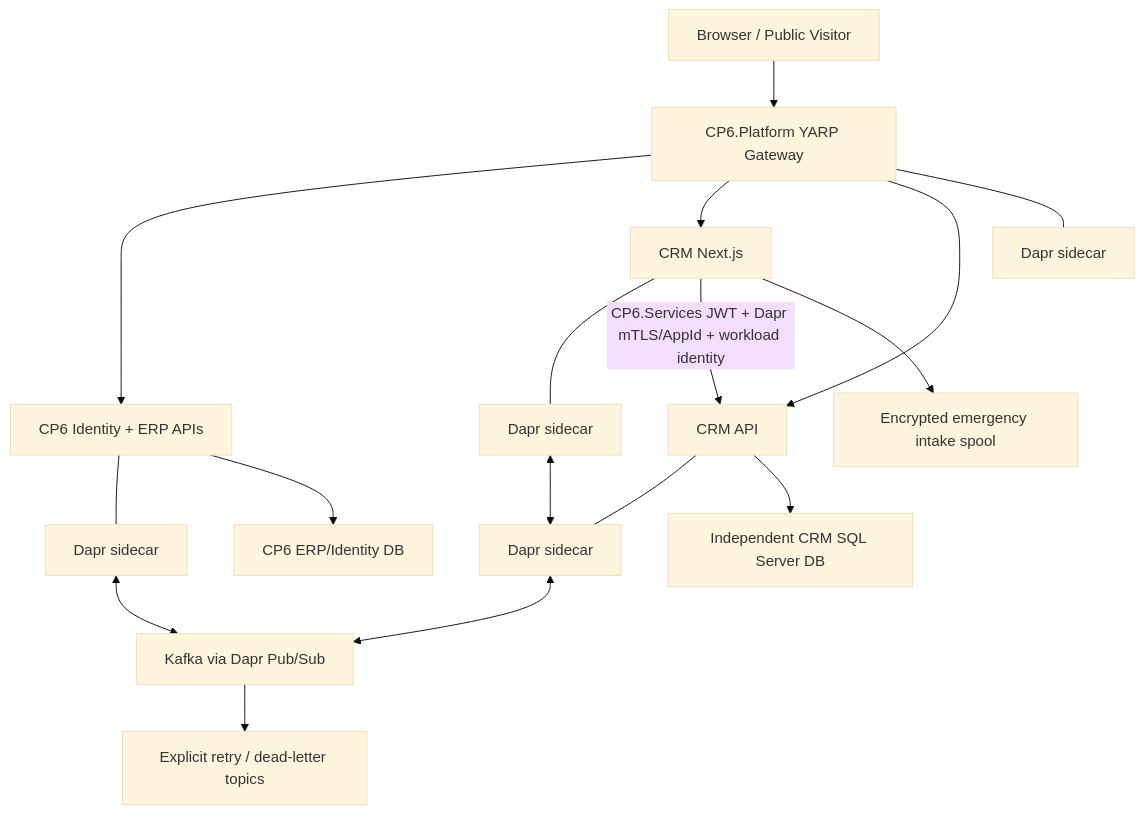
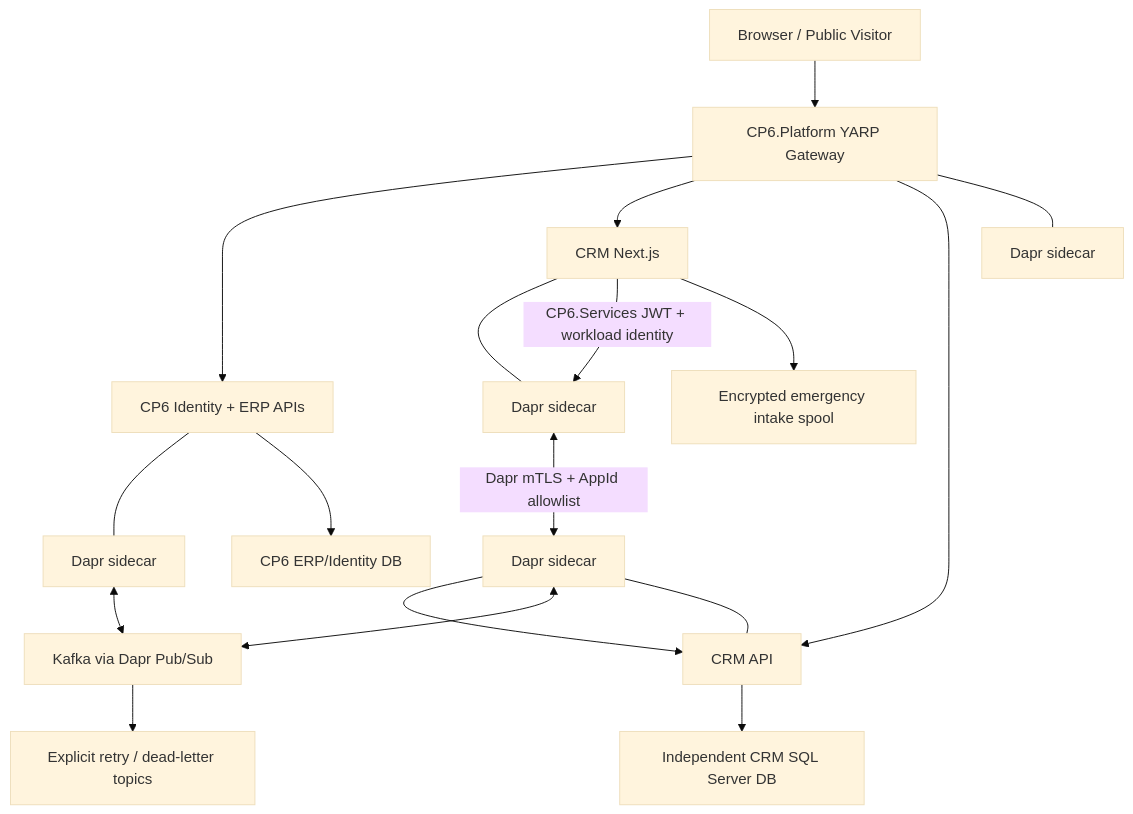
One commit to GTX537/CP6 changed the first of 3 diagrams in docs/crm/CRM-V1-EXECUTABLE-SPEC.md. Above: the diagram before and after it, drawn with Mermaid (base theme). The commit also changed other lines of this file and 3 other files, not shown here.

````diff
--- a/docs/crm/CRM-V1-EXECUTABLE-SPEC.md
+++ b/docs/crm/CRM-V1-EXECUTABLE-SPEC.md
@@ -130,19 +130,20 @@
 ```mermaid
 flowchart TB
     Browser["Browser / Public Visitor"] --> GW["CP6.Platform YARP Gateway"]
     GW --> CP6["CP6 Identity + ERP APIs"]
     GW --> CRMWeb["CRM Next.js"]
     GW --> CRMApi["CRM API"]
     CRMWeb --- DW["Dapr sidecar"]
-    CRMWeb -->|"CP6.Services JWT + Dapr mTLS/AppId + workload identity"| CRMApi
+    CRMWeb -->|"CP6.Services JWT + workload identity"| DW
     CP6 --- D1["Dapr sidecar"]
     CRMApi --- D2["Dapr sidecar"]
     GW --- D3["Dapr sidecar"]
     D1 <--> Kafka["Kafka via Dapr Pub/Sub"]
-    DW <--> D2
+    DW <-->|"Dapr mTLS + AppId allowlist"| D2
+    D2 --> CRMApi
     D2 <--> Kafka
     CRMApi --> CRMDB["Independent CRM SQL Server DB"]
     CRMWeb --> Spool["Encrypted emergency intake spool"]
     CP6 --> CP6DB["CP6 ERP/Identity DB"]
     Kafka --> DLQ["Explicit retry / dead-letter topics"]
 ```
````
